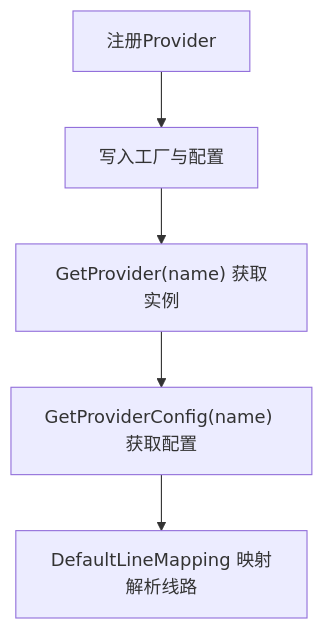
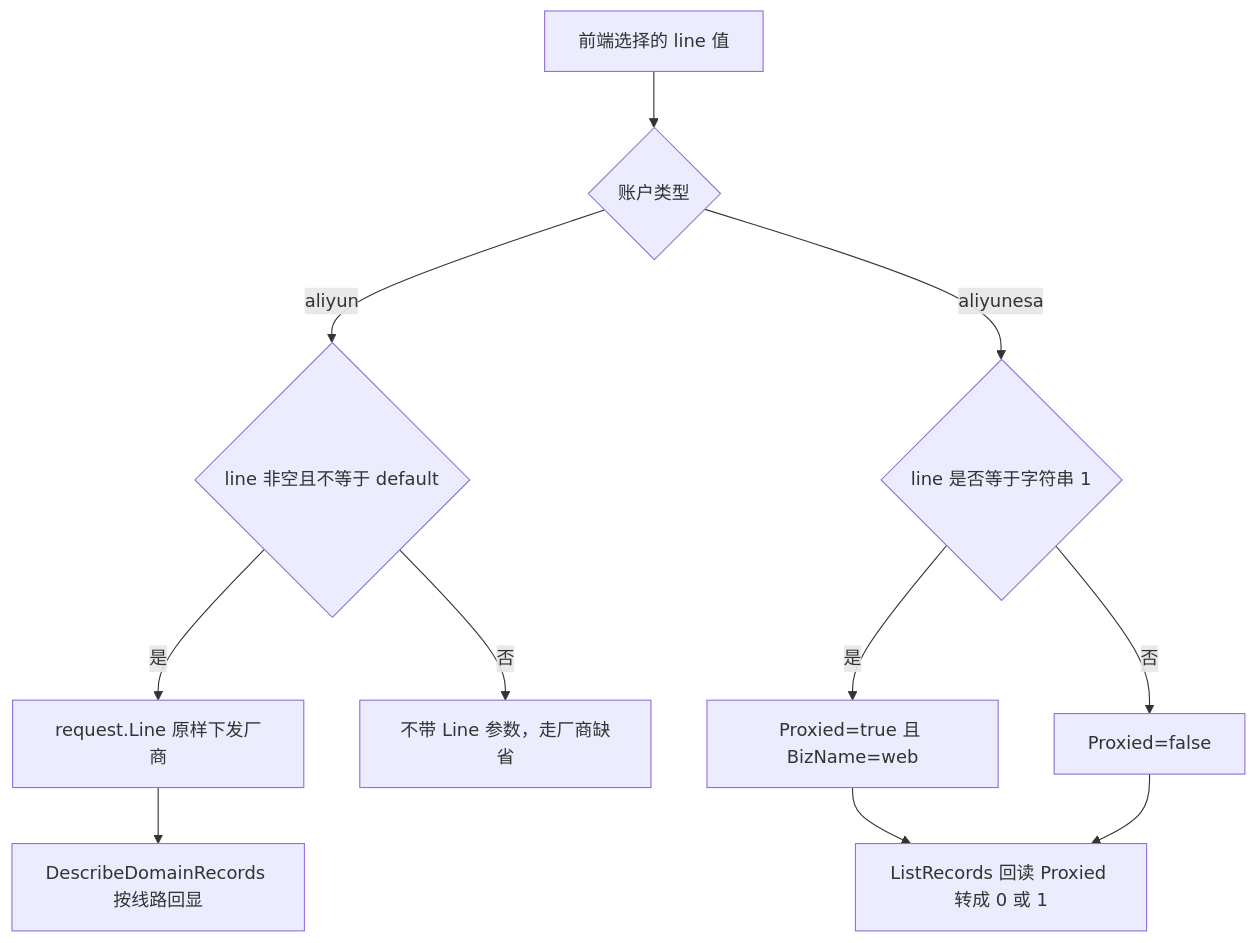
Before and after one commit to x01n/dnsplane: the fourth of 5 diagrams in docs/DNS管理功能/支持的DNS服务商/阿里云DNS.md, drawn with Mermaid. The commit also changed other lines of this file and 326 other files, not shown here.

````diff
--- a/docs/DNS管理功能/支持的DNS服务商/阿里云DNS.md
+++ b/docs/DNS管理功能/支持的DNS服务商/阿里云DNS.md
@@ -217,7 +340,13 @@
 ```mermaid
 flowchart TD
-A["注册Provider"] --> B["写入工厂与配置"]
-B --> C["GetProvider(name) 获取实例"]
-C --> D["GetProviderConfig(name) 获取配置"]
-D --> E["DefaultLineMapping 映射解析线路"]
+    A["前端选择的 line 值"] --> B{"账户类型"}
+    B -->|aliyun| C{"line 非空且不等于 default"}
+    C -->|是| D["request.Line 原样下发厂商"]
+    C -->|否| E["不带 Line 参数，走厂商缺省"]
+    D --> F["DescribeDomainRecords 按线路回显"]
+    B -->|aliyunesa| G{"line 是否等于字符串 1"}
+    G -->|是| H["Proxied=true 且 BizName=web"]
+    G -->|否| I["Proxied=false"]
+    H --> J["ListRecords 回读 Proxied 转成 0 或 1"]
+    I --> J
 ```
````
